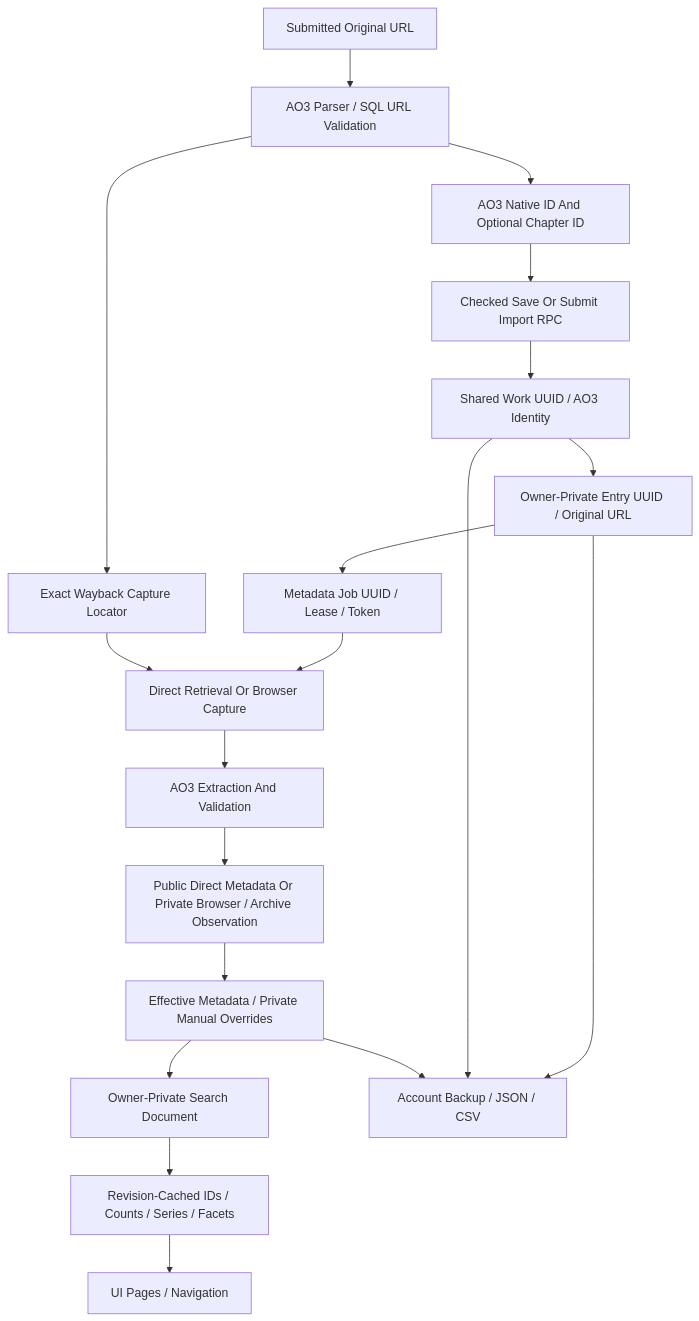
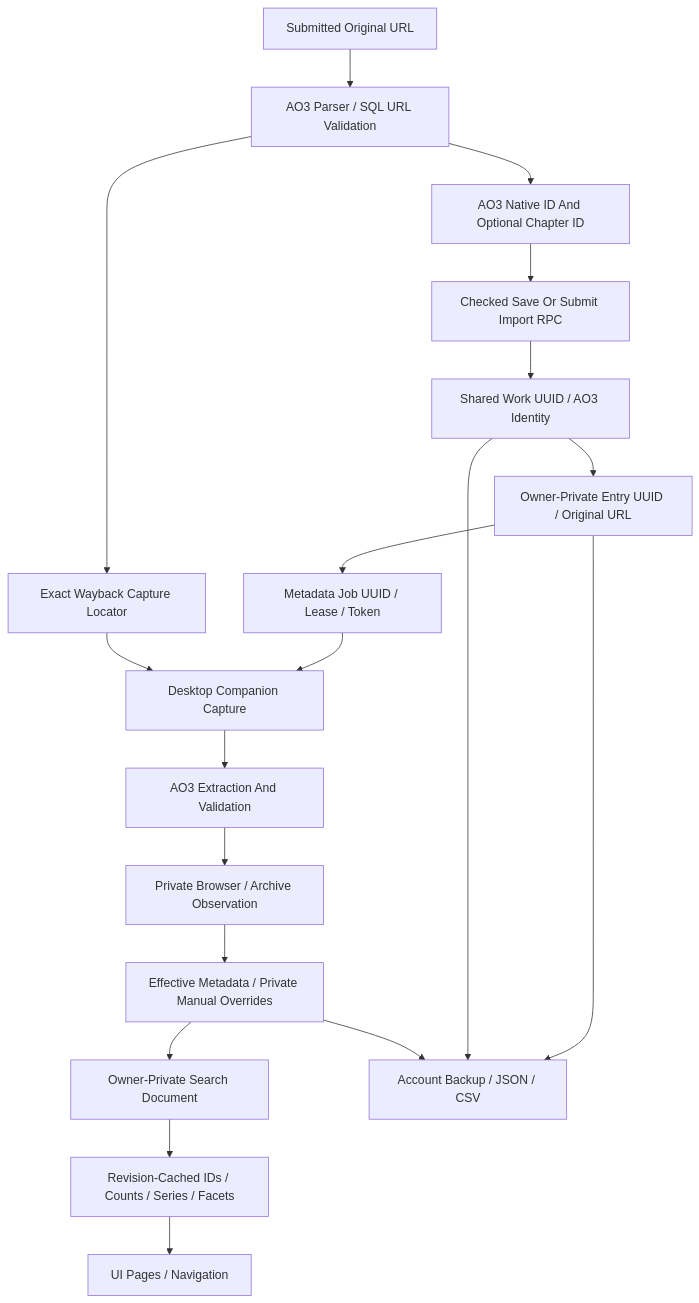
One commit to allisonhelling/beyond-the-archives changed the diagram in docs/architecture/source-data-flow.md. Above: the diagram before and after it, drawn with Mermaid. The commit also changed other lines of this file and 72 other files, not shown here.

First line of the commit message:
feat!: require desktop companion for AO3 metadata retrieval

````diff
--- a/docs/architecture/source-data-flow.md
+++ b/docs/architecture/source-data-flow.md
@@ -7,21 +7,21 @@
 ```mermaid
 flowchart TD
   U[Submitted Original URL] --> P[AO3 Parser / SQL URL Validation]
   P --> N[AO3 Native ID And Optional Chapter ID]
   P --> A[Exact Wayback Capture Locator]
   N --> S[Checked Save Or Submit Import RPC]
   S --> W[Shared Work UUID / AO3 Identity]
   W --> E[Owner-Private Entry UUID / Original URL]
   E --> J[Metadata Job UUID / Lease / Token]
-  J --> R[Direct Retrieval Or Browser Capture]
+  J --> R[Desktop Companion Capture]
   A --> R
   R --> X[AO3 Extraction And Validation]
-  X --> O[Public Direct Metadata Or Private Browser / Archive Observation]
+  X --> O[Private Browser / Archive Observation]
   O --> M[Effective Metadata / Private Manual Overrides]
   M --> D[Owner-Private Search Document]
   D --> C[Revision-Cached IDs / Counts / Series / Facets]
   C --> V[UI Pages / Navigation]
   E --> B[Account Backup / JSON / CSV]
   W --> B
   M --> B
 ```
````
